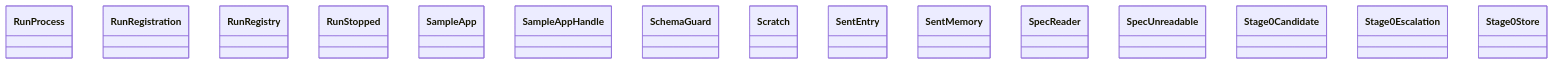
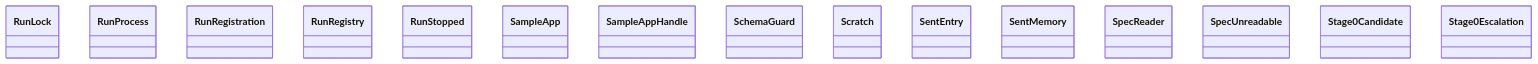
Before and after one commit to GonzaloZevallos/agentic-system: the diagram in docs/architecture/generated/classes-process-application-support-5.md, drawn with Mermaid. The commit also changed 10 other files, not shown here.

````diff
--- a/docs/architecture/generated/classes-process-application-support-5.md
+++ b/docs/architecture/generated/classes-process-application-support-5.md
@@ -19,18 +19,18 @@
 ```mermaid
 classDiagram
+    class ports__RunLock["RunLock"]
     class ports__RunProcess["RunProcess"]
     class ports__RunRegistration["RunRegistration"]
     class ports__RunRegistry["RunRegistry"]
     class ports__RunStopped["RunStopped"]
     class ports__SampleApp["SampleApp"]
     class ports__SampleAppHandle["SampleAppHandle"]
     class ports__SchemaGuard["SchemaGuard"]
     class ports__Scratch["Scratch"]
     class ports__SentEntry["SentEntry"]
     class ports__SentMemory["SentMemory"]
     class ports__SpecReader["SpecReader"]
     class ports__SpecUnreadable["SpecUnreadable"]
     class ports__Stage0Candidate["Stage0Candidate"]
     class ports__Stage0Escalation["Stage0Escalation"]
-    class ports__Stage0Store["Stage0Store"]
 ```
````
